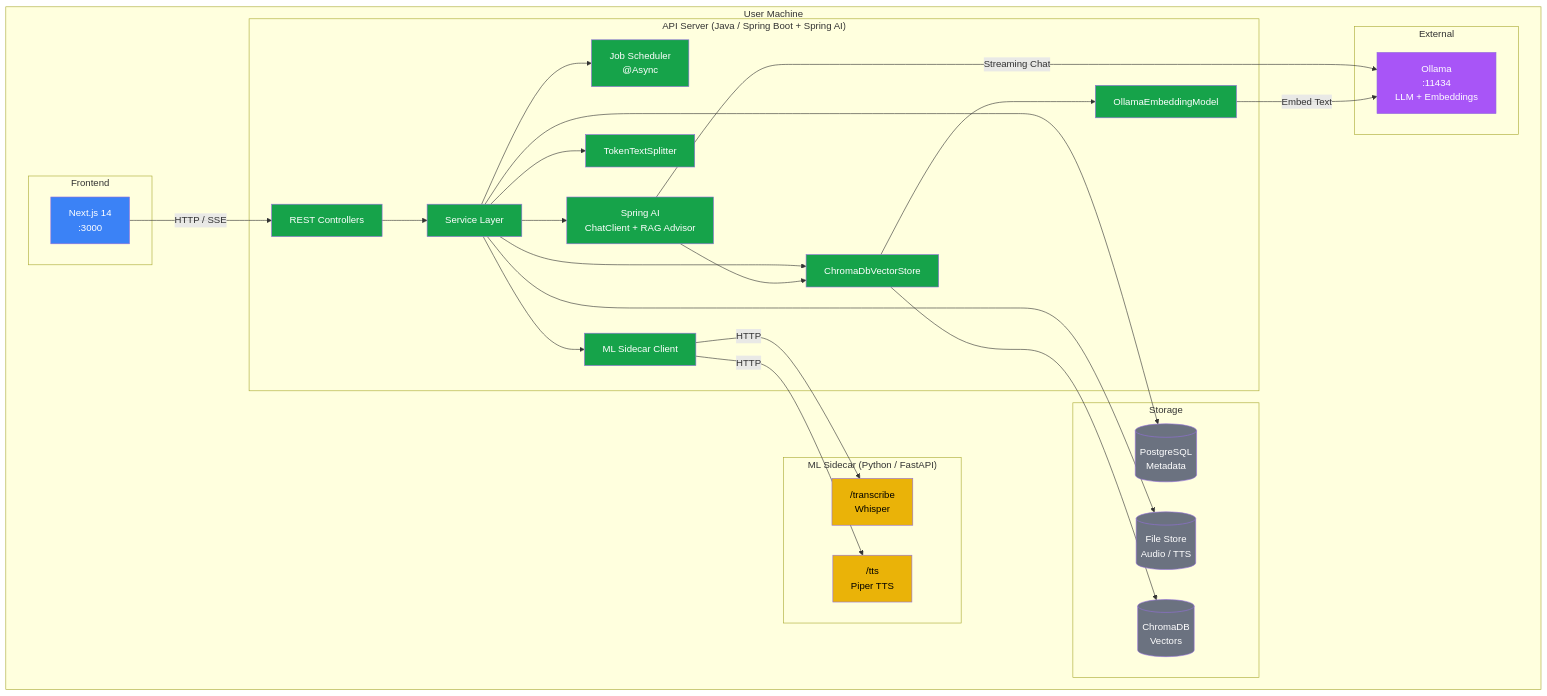
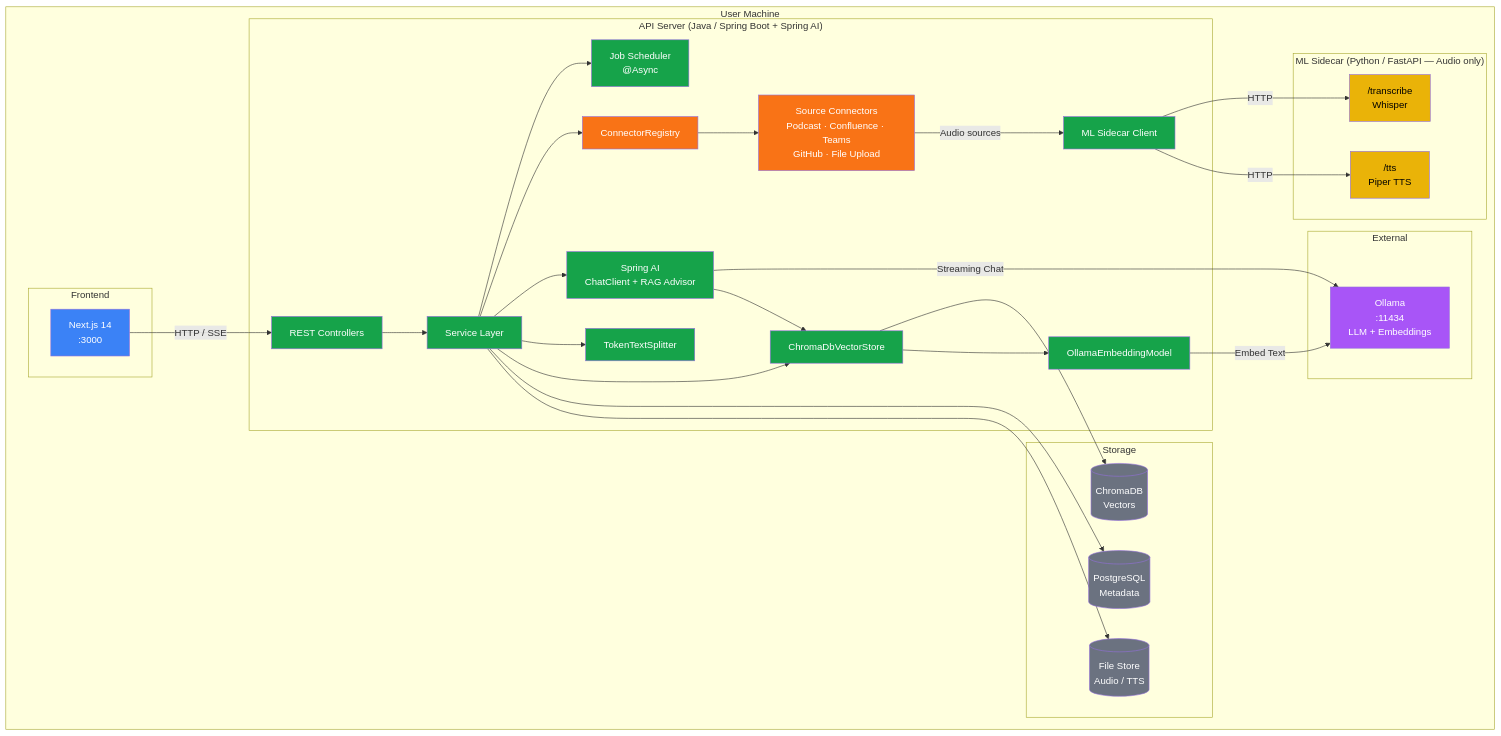
The first of 8 diagrams in docs/DIAGRAMS.md (jsohi/localloom), drawn with Mermaid before and after one commit. The commit also changed other lines of this file and 2 other files, not shown here.

First line of the commit message:
Generalize LocalLoom to multi-source knowledge base

````diff
--- a/docs/DIAGRAMS.md
+++ b/docs/DIAGRAMS.md
@@ -7,69 +7,75 @@
 ```mermaid
 graph TB
     subgraph User Machine
         subgraph Frontend
             UI[Next.js 14<br/>:3000]
         end
 
         subgraph API["API Server (Java / Spring Boot + Spring AI)"]
             Controllers[REST Controllers]
             Services[Service Layer]
             Jobs[Job Scheduler<br/>@Async]
+            ConnReg[ConnectorRegistry]
+            Connectors[Source Connectors<br/>Podcast · Confluence · Teams<br/>GitHub · File Upload]
             SpringAI[Spring AI<br/>ChatClient + RAG Advisor]
             EmbedModel[OllamaEmbeddingModel]
             VectorStore[ChromaDbVectorStore]
             Chunker[TokenTextSplitter]
             SidecarClient[ML Sidecar Client]
         end
 
-        subgraph MLSidecar["ML Sidecar (Python / FastAPI)"]
+        subgraph MLSidecar["ML Sidecar (Python / FastAPI — Audio only)"]
             Transcribe["/transcribe<br/>Whisper"]
             TTS["/tts<br/>Piper TTS"]
         end
 
         subgraph Storage
             DB[(PostgreSQL<br/>Metadata)]
             Chroma[(ChromaDB<br/>Vectors)]
             Files[(File Store<br/>Audio / TTS)]
         end
 
         subgraph External
             Ollama[Ollama<br/>:11434<br/>LLM + Embeddings]
         end
     end
 
     UI -->|HTTP / SSE| Controllers
     Controllers --> Services
     Services --> Jobs
+    Services --> ConnReg
+    ConnReg --> Connectors
     Services --> SpringAI
     Services --> Chunker
     Services --> VectorStore
-    Services --> SidecarClient
     Services --> DB
     Services --> Files
 
+    Connectors -->|Audio sources| SidecarClient
     SpringAI -->|Streaming Chat| Ollama
     EmbedModel -->|Embed Text| Ollama
     VectorStore --> Chroma
     SpringAI --> VectorStore
     VectorStore --> EmbedModel
 
     SidecarClient -->|HTTP| Transcribe
     SidecarClient -->|HTTP| TTS
 
     style UI fill:#3b82f6,color:#fff
     style Controllers fill:#16a34a,color:#fff
     style Services fill:#16a34a,color:#fff
     style Jobs fill:#16a34a,color:#fff
+    style ConnReg fill:#f97316,color:#fff
+    style Connectors fill:#f97316,color:#fff
     style SpringAI fill:#16a34a,color:#fff
     style EmbedModel fill:#16a34a,color:#fff
     style VectorStore fill:#16a34a,color:#fff
     style Chunker fill:#16a34a,color:#fff
     style SidecarClient fill:#16a34a,color:#fff
     style Transcribe fill:#eab308,color:#000
     style TTS fill:#eab308,color:#000
     style Ollama fill:#a855f7,color:#fff
     style DB fill:#6b7280,color:#fff
     style Chroma fill:#6b7280,color:#fff
     style Files fill:#6b7280,color:#fff
 ```
````
